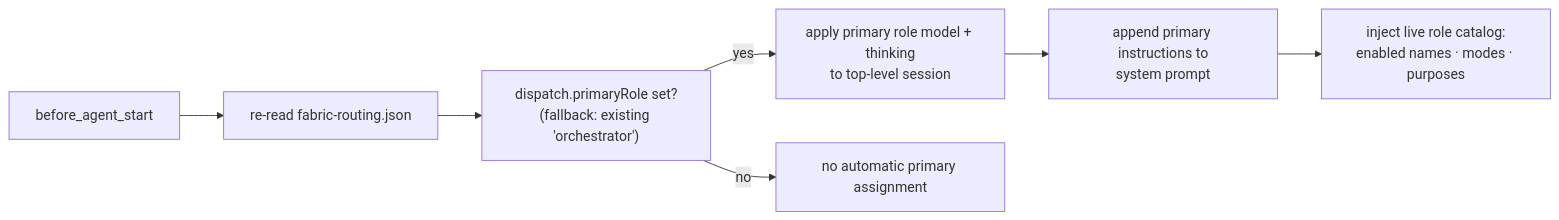
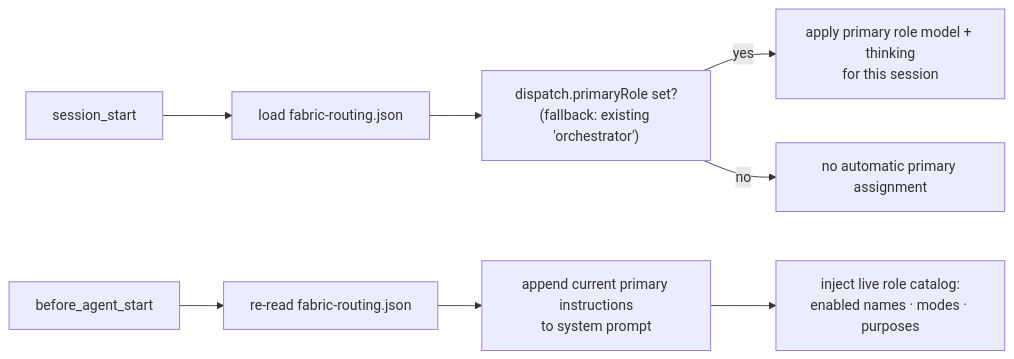
Before and after one commit to hazrid93/pi-fabric-role-router: the fourth of 5 diagrams in docs/architecture.md, drawn with Mermaid. The commit also changed other lines of this file and 7 other files, not shown here.

Commit message:
feat: enforce role session and recursion policy

````diff
--- a/docs/architecture.md
+++ b/docs/architecture.md
@@ -102,9 +102,10 @@
 ```mermaid
 flowchart LR
-  A["before_agent_start"] --> B["re-read fabric-routing.json"]
+  A["session_start"] --> B["load fabric-routing.json"]
   B --> C["dispatch.primaryRole set?<br/>(fallback: existing 'orchestrator')"]
-  C -->|yes| D["apply primary role model + thinking<br/>to top-level session"]
-  D --> E["append primary instructions to<br/>system prompt"]
+  C -->|yes| D["apply primary role model + thinking<br/>for this session"]
   C -->|no| F["no automatic primary assignment"]
+  H["before_agent_start"] --> I["re-read fabric-routing.json"]
+  I --> E["append current primary instructions<br/>to system prompt"]
   E --> G["inject live role catalog:<br/>enabled names · modes · purposes"]
 ```
````
